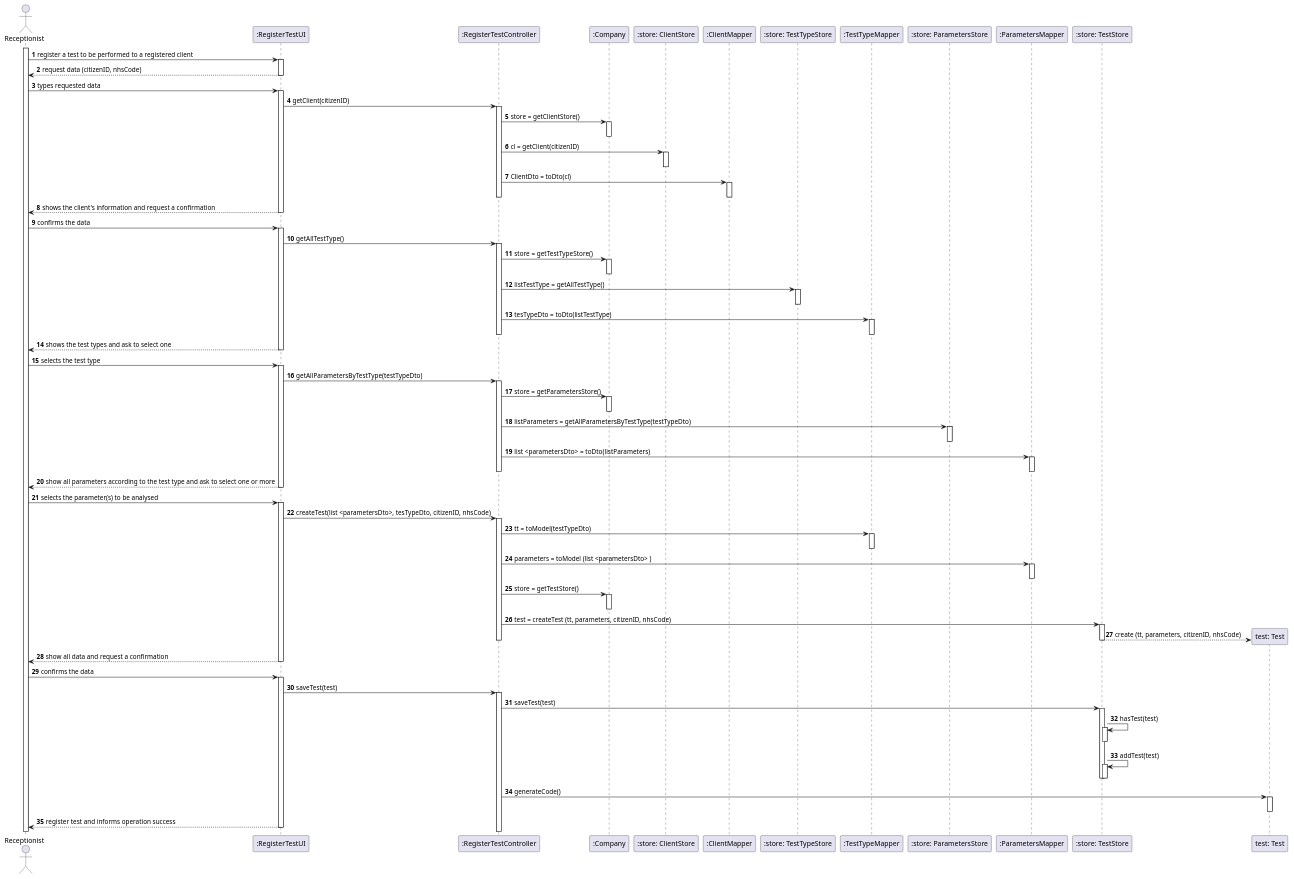
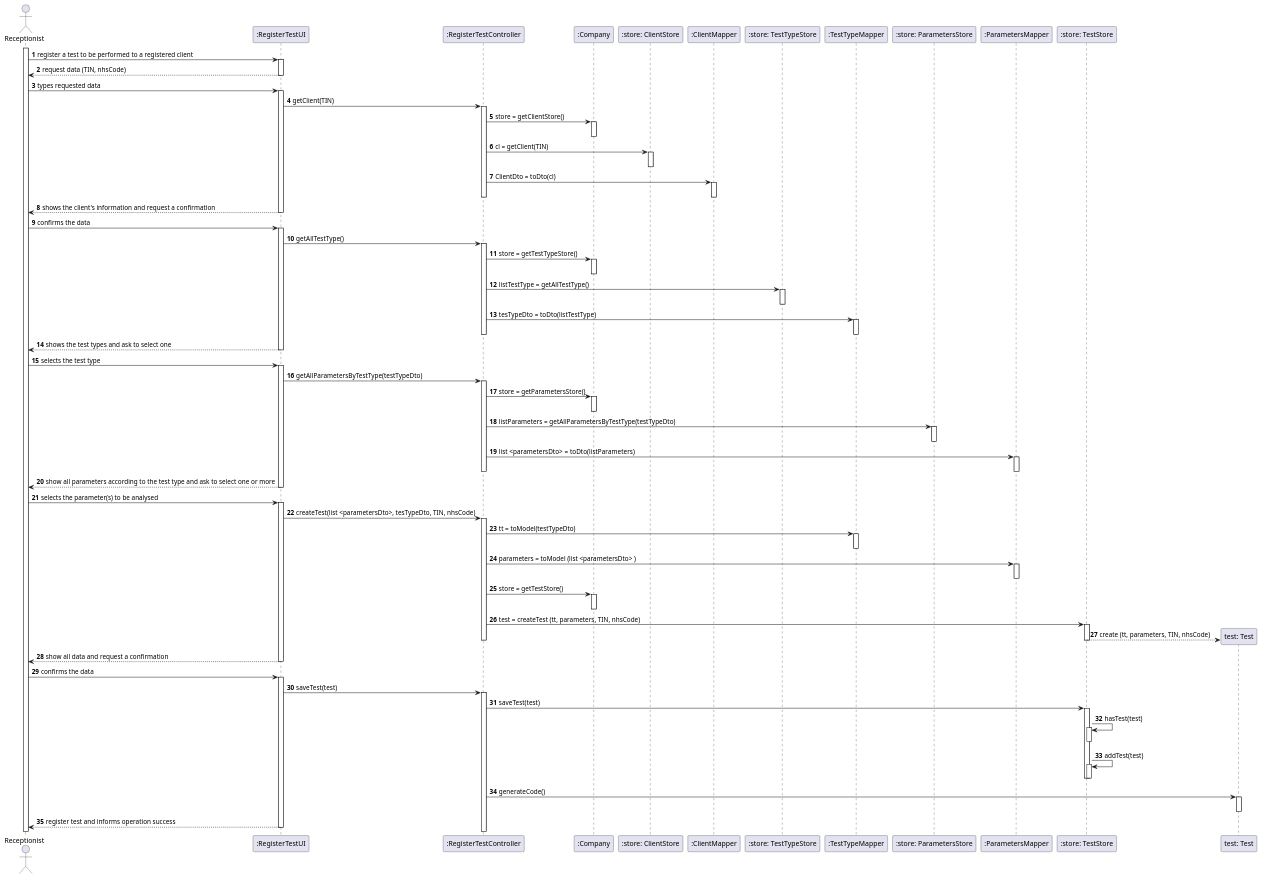
The diagram in docs/SprintC/US04/US04-SD.puml (0franciscor/lei-21-s2-1de-g19), drawn with PlantUML before and after one commit. The commit also changed 3 other files, not shown here.

Commit message:
[US04] - Alteração do citizen card number pelo TIN mediante clarificações do cliente

```diff
--- a/docs/SprintC/US04/US04-SD.puml
+++ b/docs/SprintC/US04/US04-SD.puml
@@ -1,156 +1,156 @@
 @startuml
 'https://plantuml.com/sequence-diagram
 
 autonumber
 
 actor "Receptionist" as R
 activate R
 
 
 R -> ":RegisterTestUI" : register a test to be performed to a registered client
 activate ":RegisterTestUI"
-":RegisterTestUI" --> R: request data (citizenID, nhsCode)
+":RegisterTestUI" --> R: request data (TIN, nhsCode)
 deactivate ":RegisterTestUI"
 R -> ":RegisterTestUI" : types requested data
 
 
 activate ":RegisterTestUI"
 
 
-":RegisterTestUI" -> ":RegisterTestController": getClient(citizenID)
+":RegisterTestUI" -> ":RegisterTestController": getClient(TIN)
 
 
 activate ":RegisterTestController"
 ":RegisterTestController" -> ":Company" : store = getClientStore()
 activate ":Company"
 deactivate ":Company"
 
-":RegisterTestController" -> ":store: ClientStore" : cl = getClient(citizenID)
+":RegisterTestController" -> ":store: ClientStore" : cl = getClient(TIN)
 activate ":store: ClientStore"
 deactivate ":store: ClientStore"
 
 ":RegisterTestController" -> ":ClientMapper" : ClientDto = toDto(cl)
 activate ":ClientMapper"
 deactivate ":ClientMapper"
 
 
 deactivate ":RegisterTestController"
 
 
 
 ":RegisterTestUI" --> R: shows the client's information and request a confirmation
 deactivate ":RegisterTestUI"
 
 
 
 
 R -> ":RegisterTestUI" : confirms the data
 activate ":RegisterTestUI"
 
 
 ":RegisterTestUI" -> ":RegisterTestController": getAllTestType()
 activate ":RegisterTestController"
 ":RegisterTestController" -> ":Company": store = getTestTypeStore()
 activate ":Company"
 
 deactivate ":Company"
 ":RegisterTestController" -> ":store: TestTypeStore": listTestType = getAllTestType()
 activate ":store: TestTypeStore"
 deactivate ":store: TestTypeStore"
 
 ":RegisterTestController" -> ":TestTypeMapper": tesTypeDto = toDto(listTestType)
 activate ":TestTypeMapper"
 deactivate ":TestTypeMapper"
 deactivate ":RegisterTestController"
 ":RegisterTestUI" --> R: shows the test types and ask to select one
 deactivate ":RegisterTestUI"
 R -> ":RegisterTestUI": selects the test type
 activate ":RegisterTestUI"
 
 ":RegisterTestUI" -> ":RegisterTestController": getAllParametersByTestType(testTypeDto)
 activate ":RegisterTestController"
 ":RegisterTestController" -> ":Company": store = getParametersStore()
 activate ":Company"
 deactivate ":Company"
 
 ":RegisterTestController" -> ":store: ParametersStore": listParameters = getAllParametersByTestType(testTypeDto)
 activate ":store: ParametersStore"
 deactivate ":store: ParametersStore"
 
 ":RegisterTestController" -> ":ParametersMapper": list <parametersDto>  = toDto(listParameters)
 activate ":ParametersMapper"
 deactivate ":ParametersMapper"
 
 deactivate ":RegisterTestController"
 
 ":RegisterTestUI" --> R: show all parameters according to the test type and ask to select one or more
 deactivate ":RegisterTestUI"
 
 R -> ":RegisterTestUI": selects the parameter(s) to be analysed
 activate ":RegisterTestUI"
 
 
 
 
 
 
 
-":RegisterTestUI" -> ":RegisterTestController": createTest(list <parametersDto>, tesTypeDto, citizenID, nhsCode)
+":RegisterTestUI" -> ":RegisterTestController": createTest(list <parametersDto>, tesTypeDto, TIN, nhsCode)
 activate ":RegisterTestController"
 
 ":RegisterTestController" -> ":TestTypeMapper": tt = toModel(testTypeDto)
 activate ":TestTypeMapper"
 deactivate ":TestTypeMapper"
 
 ":RegisterTestController" -> ":ParametersMapper": parameters = toModel (list <parametersDto> )
 activate ":ParametersMapper"
 deactivate ":ParametersMapper"
 
 
 
 
 
 
 ":RegisterTestController" -> ":Company" ++: store = getTestStore()
 deactivate ":Company"
 
-":RegisterTestController" -> ":store: TestStore" ++: test = createTest (tt, parameters, citizenID, nhsCode)
+":RegisterTestController" -> ":store: TestStore" ++: test = createTest (tt, parameters, TIN, nhsCode)
 
 create "test: Test"
 
-":store: TestStore" --> "test: Test" : create (tt, parameters, citizenID, nhsCode)
+":store: TestStore" --> "test: Test" : create (tt, parameters, TIN, nhsCode)
 deactivate ":store: TestStore"
 deactivate ":RegisterTestController"
 
 ":RegisterTestUI" --> R: show all data and request a confirmation
 deactivate ":RegisterTestUI"
 
 R -> ":RegisterTestUI" : confirms the data
 activate ":RegisterTestUI"
 
 ":RegisterTestUI" -> ":RegisterTestController": saveTest(test)
 
 activate ":RegisterTestController"
 
 ":RegisterTestController" -> ":store: TestStore" : saveTest(test)
 
 activate ":store: TestStore"
 
 ":store: TestStore" -> ":store: TestStore": hasTest(test)
 activate ":store: TestStore"
 deactivate ":store: TestStore"
 ":store: TestStore" -> ":store: TestStore": addTest(test)
 activate ":store: TestStore"
 deactivate ":store: TestStore"
 
 deactivate ":store: TestStore"
 
 ":RegisterTestController" -> "test: Test" : generateCode()
 
 activate "test: Test"
 deactivate "test: Test"
 
 
 ":RegisterTestUI" --> R: register test and informs operation success
 deactivate ":RegisterTestUI"
 @enduml
```
